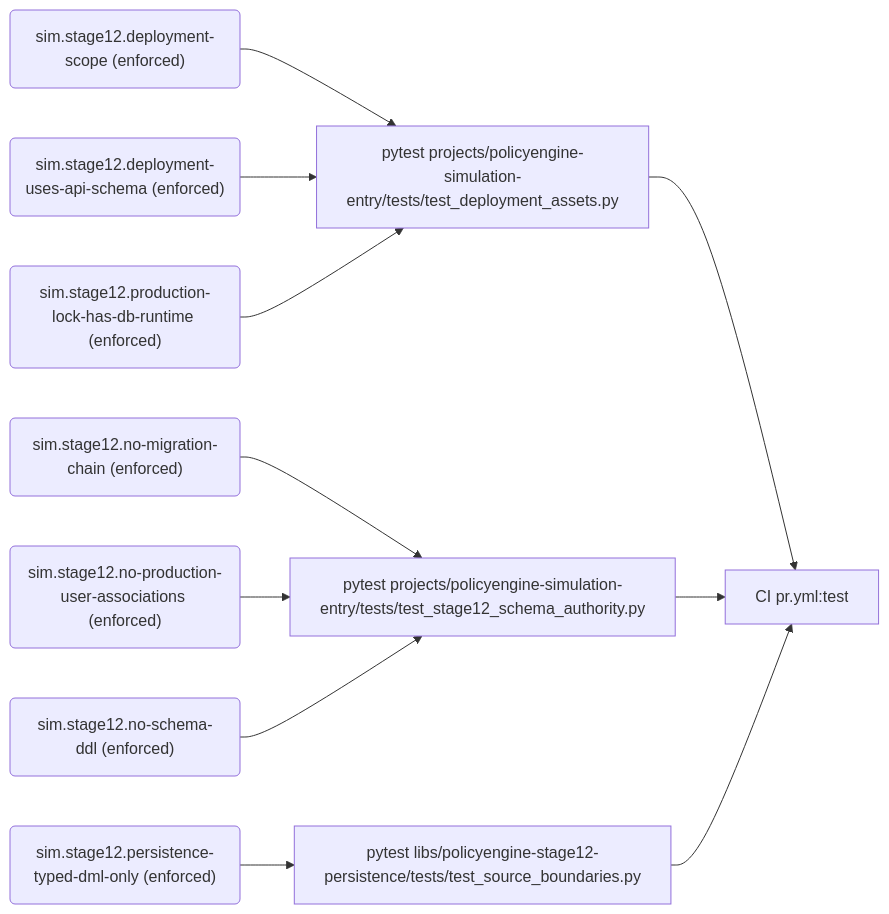
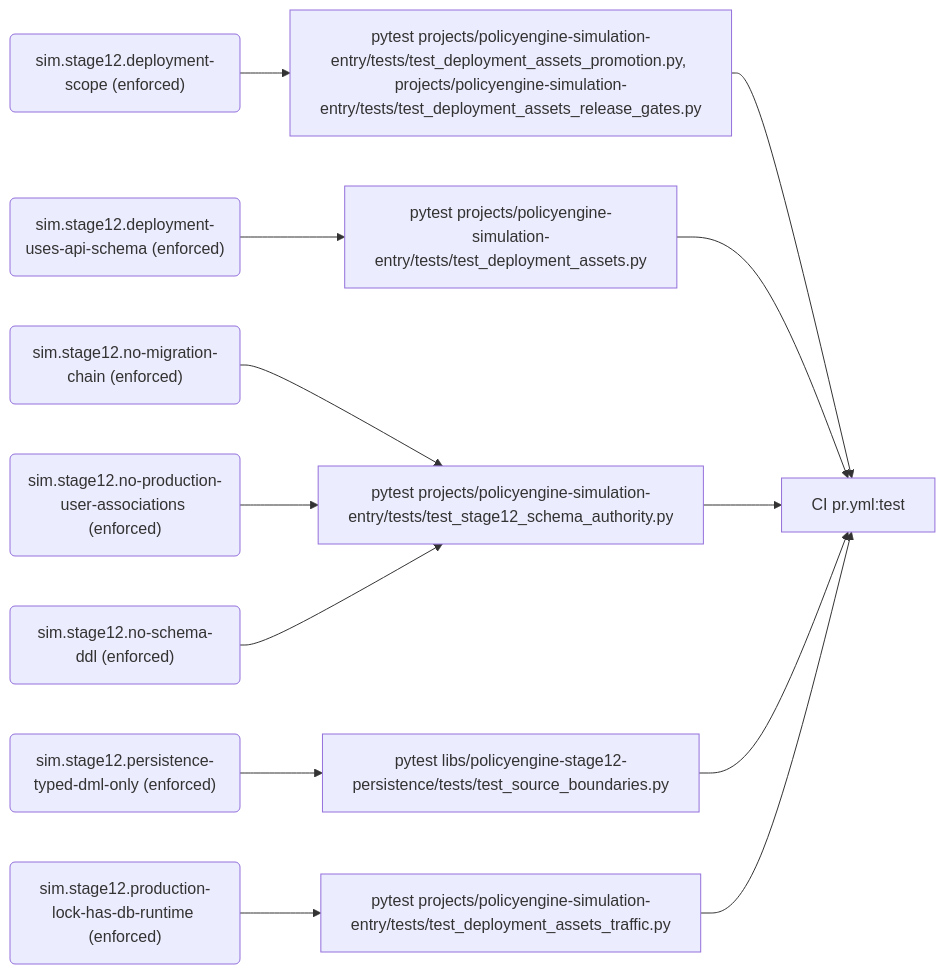
One commit to PolicyEngine/policyengine-sim-api changed the second of 10 diagrams in docs/generated/rules.md. Above: the diagram before and after it, drawn with Mermaid. The commit also changed other lines of this file and 14 other files, not shown here.

First line of the commit message:
Split the entrypoint app and its deployment asset tests

````diff
--- a/docs/generated/rules.md
+++ b/docs/generated/rules.md
@@ -113,24 +113,28 @@
 ```mermaid
 flowchart LR
   r_sim_stage12_deployment_scope("sim.stage12.deployment-scope (enforced)")
-  e_pytest_projects_policyengine_simulation_entry_tests_test_deployment_assets_py["pytest projects/policyengine-simulation-entry/tests/test_deployment_assets.py"]
+  e_pytest_projects_policyengine_simulation_entry_tests_test_deployment_assets_promotion_py__projects_policyengine_simulation_entry_tests_test_deployment_assets_release_gates_py["pytest projects/policyengine-simulation-entry/tests/test_deployment_assets_promotion.py, projects/policyengine-simulation-entry/tests/test_deployment_assets_release_gates.py"]
   j_CI_pr_yml_test["CI pr.yml:test"]
   r_sim_stage12_deployment_uses_api_schema("sim.stage12.deployment-uses-api-schema (enforced)")
+  e_pytest_projects_policyengine_simulation_entry_tests_test_deployment_assets_py["pytest projects/policyengine-simulation-entry/tests/test_deployment_assets.py"]
   r_sim_stage12_no_migration_chain("sim.stage12.no-migration-chain (enforced)")
   e_pytest_projects_policyengine_simulation_entry_tests_test_stage12_schema_authority_py["pytest projects/policyengine-simulation-entry/tests/test_stage12_schema_authority.py"]
   r_sim_stage12_no_production_user_associations("sim.stage12.no-production-user-associations (enforced)")
   r_sim_stage12_no_schema_ddl("sim.stage12.no-schema-ddl (enforced)")
   r_sim_stage12_persistence_typed_dml_only("sim.stage12.persistence-typed-dml-only (enforced)")
   e_pytest_libs_policyengine_stage12_persistence_tests_test_source_boundaries_py["pytest libs/policyengine-stage12-persistence/tests/test_source_boundaries.py"]
   r_sim_stage12_production_lock_has_db_runtime("sim.stage12.production-lock-has-db-runtime (enforced)")
-  r_sim_stage12_deployment_scope --> e_pytest_projects_policyengine_simulation_entry_tests_test_deployment_assets_py
+  e_pytest_projects_policyengine_simulation_entry_tests_test_deployment_assets_traffic_py["pytest projects/policyengine-simulation-entry/tests/test_deployment_assets_traffic.py"]
+  r_sim_stage12_deployment_scope --> e_pytest_projects_policyengine_simulation_entry_tests_test_deployment_assets_promotion_py__projects_policyengine_simulation_entry_tests_test_deployment_assets_release_gates_py
+  e_pytest_projects_policyengine_simulation_entry_tests_test_deployment_assets_promotion_py__projects_policyengine_simulation_entry_tests_test_deployment_assets_release_gates_py --> j_CI_pr_yml_test
+  r_sim_stage12_deployment_uses_api_schema --> e_pytest_projects_policyengine_simulation_entry_tests_test_deployment_assets_py
   e_pytest_projects_policyengine_simulation_entry_tests_test_deployment_assets_py --> j_CI_pr_yml_test
-  r_sim_stage12_deployment_uses_api_schema --> e_pytest_projects_policyengine_simulation_entry_tests_test_deployment_assets_py
   r_sim_stage12_no_migration_chain --> e_pytest_projects_policyengine_simulation_entry_tests_test_stage12_schema_authority_py
   e_pytest_projects_policyengine_simulation_entry_tests_test_stage12_schema_authority_py --> j_CI_pr_yml_test
   r_sim_stage12_no_production_user_associations --> e_pytest_projects_policyengine_simulation_entry_tests_test_stage12_schema_authority_py
   r_sim_stage12_no_schema_ddl --> e_pytest_projects_policyengine_simulation_entry_tests_test_stage12_schema_authority_py
   r_sim_stage12_persistence_typed_dml_only --> e_pytest_libs_policyengine_stage12_persistence_tests_test_source_boundaries_py
   e_pytest_libs_policyengine_stage12_persistence_tests_test_source_boundaries_py --> j_CI_pr_yml_test
-  r_sim_stage12_production_lock_has_db_runtime --> e_pytest_projects_policyengine_simulation_entry_tests_test_deployment_assets_py
+  r_sim_stage12_production_lock_has_db_runtime --> e_pytest_projects_policyengine_simulation_entry_tests_test_deployment_assets_traffic_py
+  e_pytest_projects_policyengine_simulation_entry_tests_test_deployment_assets_traffic_py --> j_CI_pr_yml_test
 ```
````
